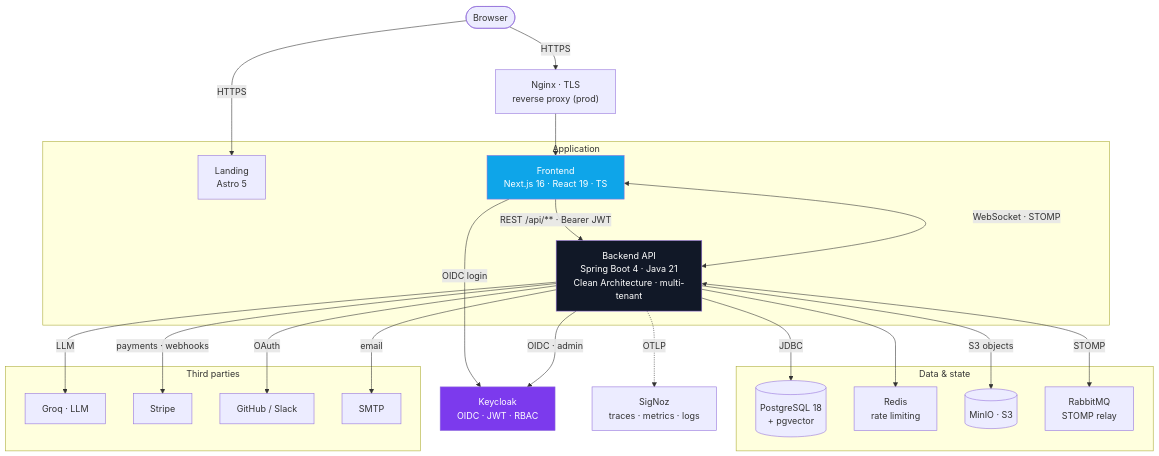
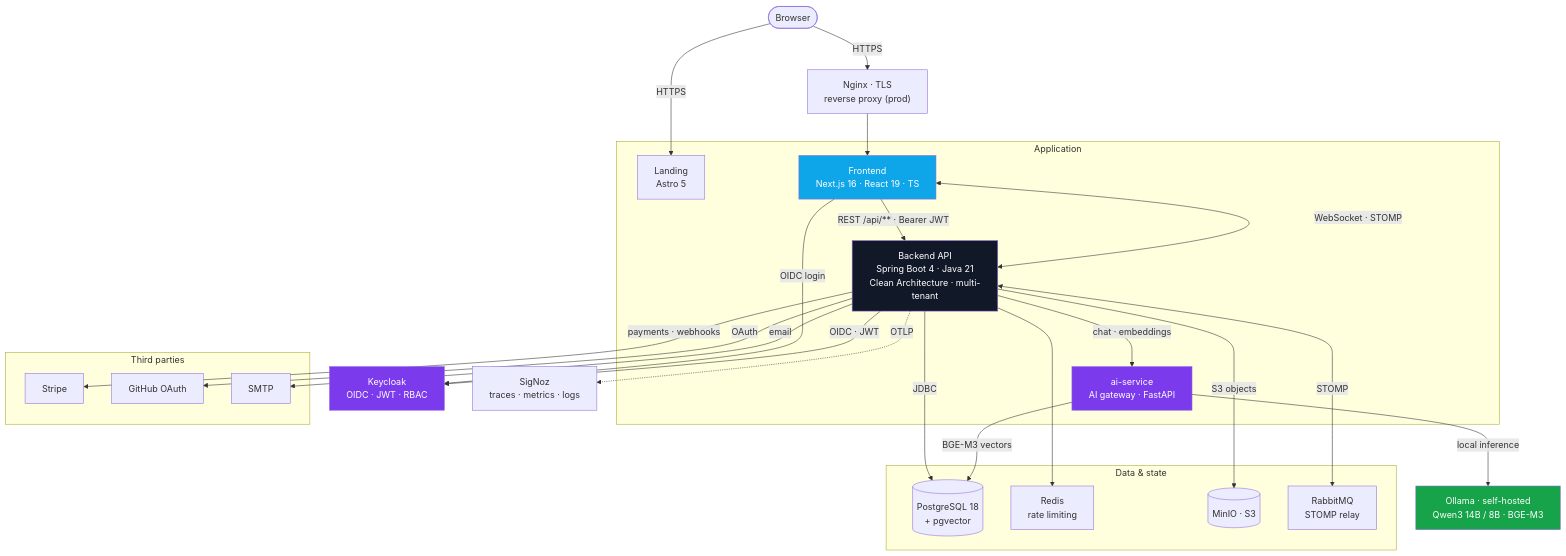
Before and after one commit to taskforce-project/.github: the first of 3 diagrams in profile/README.md, drawn with Mermaid. The commit also changed other lines of this file, not shown here.

Commit message:
docs(profile): correct the AI stack — self-hosted Ollama/Qwen3, not Groq
Verified against backend config, not the C4 doc (which was stale):
- Groq was removed on 16/07 (TF-AI-GROQ-CLEANUP); inference is now self-hosted
- ai-service is NOT vestigial: it is the FastAPI AI gateway routing to local Ollama
  (Qwen3 14B/8B, BGE-M3 embeddings in pgvector, fast/standard/deep tiers)
- OAuth is GitHub only (Google planned); Slack is wired but not provisioned
- Keycloak confirmed in use (OIDC client + JWT issuer)

````diff
--- a/profile/README.md
+++ b/profile/README.md
@@ -80,51 +80,57 @@
 ```mermaid
 flowchart TB
     U(["Browser"])
 
     subgraph APP ["Application"]
         LAND["Landing<br/>Astro 5"]
         FE["Frontend<br/>Next.js 16 · React 19 · TS"]
         API["Backend API<br/>Spring Boot 4 · Java 21<br/>Clean Architecture · multi-tenant"]
+        AIGW["ai-service<br/>AI gateway · FastAPI"]
     end
 
     NGX["Nginx · TLS<br/>reverse proxy (prod)"]
     KC["Keycloak<br/>OIDC · JWT · RBAC"]
 
     subgraph DATA ["Data & state"]
         PG[("PostgreSQL 18<br/>+ pgvector")]
         RDS["Redis<br/>rate limiting"]
         S3[("MinIO · S3")]
         RMQ["RabbitMQ<br/>STOMP relay"]
     end
 
+    OLLAMA["Ollama · self-hosted<br/>Qwen3 14B / 8B · BGE-M3"]
+
     subgraph EXT ["Third parties"]
-        GROQ["Groq · LLM"]
         STRIPE["Stripe"]
-        OAUTH["GitHub / Slack"]
+        GH["GitHub OAuth"]
         SMTP["SMTP"]
     end
 
     OBS["SigNoz<br/>traces · metrics · logs"]
 
     U -->|HTTPS| LAND
     U -->|HTTPS| NGX
     NGX --> FE
     FE -->|"REST /api/** · Bearer JWT"| API
     FE <-->|"WebSocket · STOMP"| API
     FE -->|OIDC login| KC
 
-    API -->|"OIDC · admin"| KC
+    API -->|"OIDC · JWT"| KC
     API -->|JDBC| PG
     API --> RDS
     API -->|"S3 objects"| S3
     API <-->|STOMP| RMQ
-    API -->|LLM| GROQ
+    API -->|"chat · embeddings"| AIGW
+    AIGW -->|"local inference"| OLLAMA
+    AIGW -->|"BGE-M3 vectors"| PG
     API -->|"payments · webhooks"| STRIPE
-    API -->|OAuth| OAUTH
+    API -->|OAuth| GH
     API -->|email| SMTP
     API -. OTLP .-> OBS
 
     style API fill:#111827,color:#fff
     style FE fill:#0ea5e9,color:#fff
     style KC fill:#7c3aed,color:#fff
+    style AIGW fill:#7c3aed,color:#fff
+    style OLLAMA fill:#16a34a,color:#fff
 ```
````
